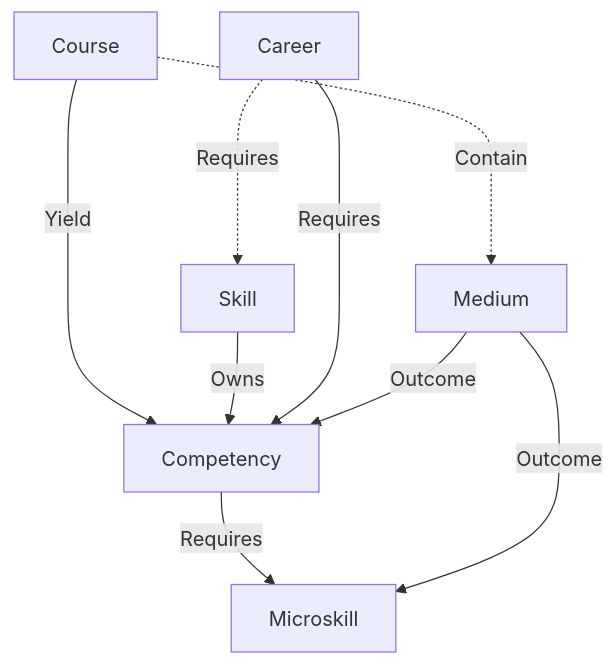
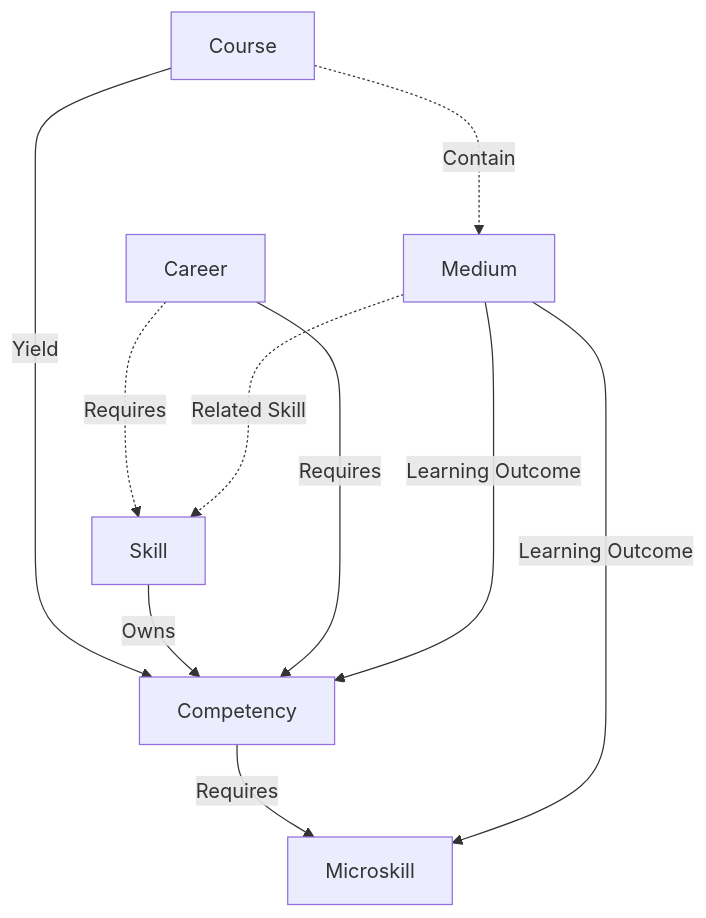
One commit to OnlyJust3rd/salmon-skills changed the diagram in vault/ontology/v1.0.0/schemas.md. Above: the diagram before and after it, drawn with Mermaid. The commit also changed 9764 other files, not shown here.

Commit message:
content: outcome -> learning-outcomes 1

````diff
--- a/vault/ontology/v1.0.0/schemas.md
+++ b/vault/ontology/v1.0.0/schemas.md
@@ -17,11 +17,12 @@
 ```mermaid
 graph TD
   Course["Course"] -->|Yield| Competency["Competency"]
   Course -..->|Contain| Medium["Medium"]
   Skill["Skill"] -->|Owns| Competency
   Competency -->|Requires| Micro["Microskill"]
   Career -..->|Requires| Skill
   Career["Career"] -->|Requires| Competency
-  Medium -->|Outcome| Competency
-  Medium -->|Outcome| Micro
+  Medium -->|Learning Outcome| Competency
+  Medium -->|Learning Outcome| Micro
+  Medium -..->|Related Skill| Skill
 ```
````
